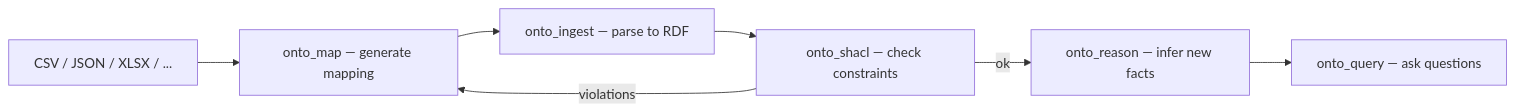
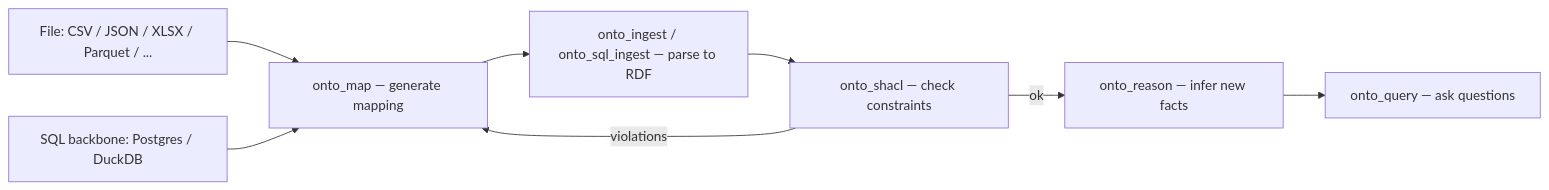
The diagram in docs/data-pipeline.md (fabio-rovai/open-ontologies), drawn with Mermaid before and after one commit. The commit also changed other lines of this file and 16 other files, not shown here.

First line of the commit message:
feat: DuckDB SQL backbone alongside Postgres (PR #11)

````diff
--- a/docs/data-pipeline.md
+++ b/docs/data-pipeline.md
@@ -5,16 +7,18 @@
 ```mermaid
 flowchart LR
-    Data["CSV / JSON / XLSX / ..."]
+    File["File: CSV / JSON / XLSX / Parquet / ..."]
+    SQL["SQL backbone: Postgres / DuckDB"]
     Map["onto_map — generate mapping"]
-    Ingest["onto_ingest — parse to RDF"]
+    Ingest["onto_ingest / onto_sql_ingest — parse to RDF"]
     Validate["onto_shacl — check constraints"]
     Reason["onto_reason — infer new facts"]
     Query["onto_query — ask questions"]
 
-    Data --> Map
+    File --> Map
+    SQL  --> Map
     Map --> Ingest
     Ingest --> Validate
     Validate -->|violations| Map
     Validate -->|ok| Reason
     Reason --> Query
 ```
````
